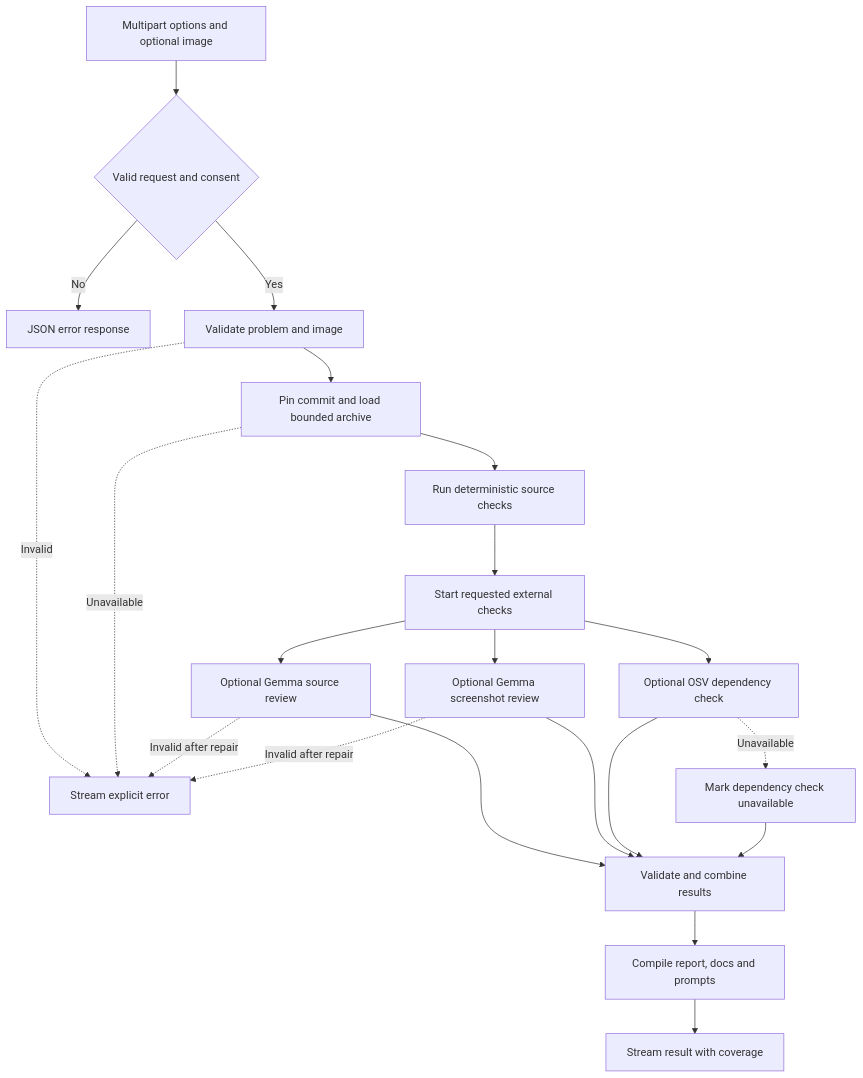
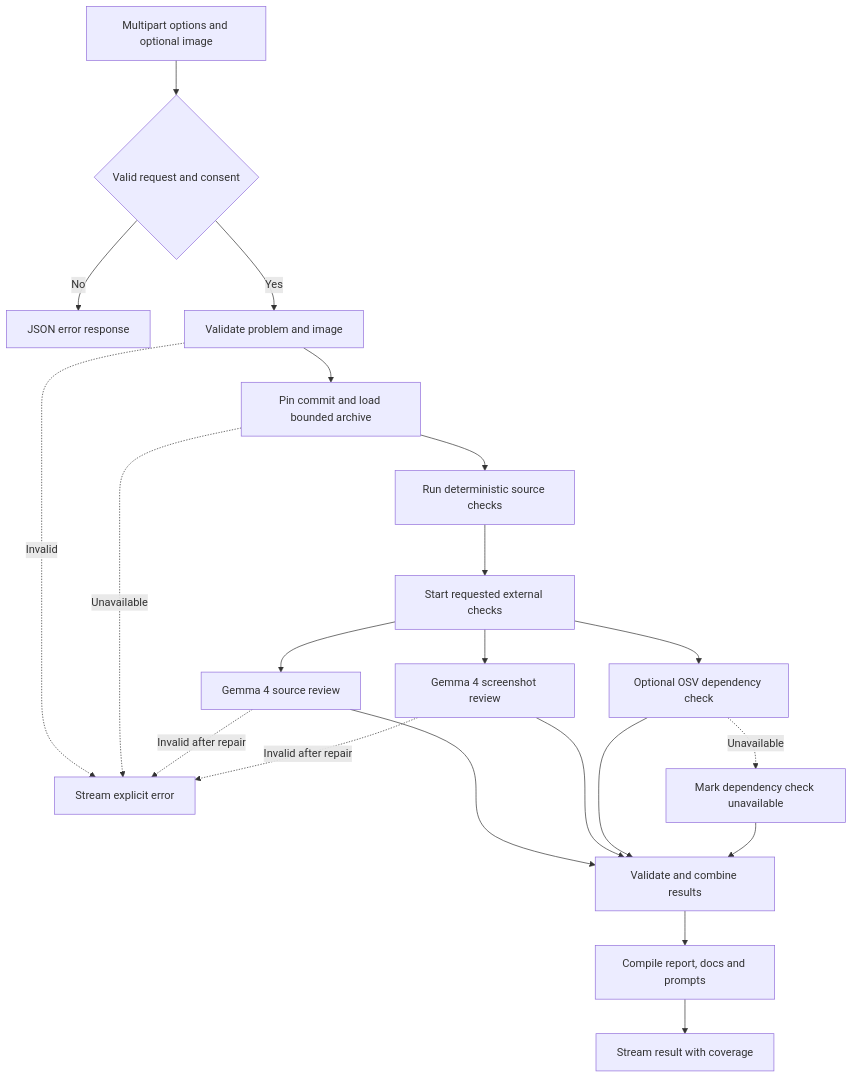
Before and after one commit to yatharthvishnoi08-max/buglens: the second of 2 diagrams in docs/FLOWCHARTS.md, drawn with Mermaid. The commit also changed other lines of this file and 37 other files, not shown here.

Commit message:
docs: present Gemma 4 review as the default AI workflow

````diff
--- a/docs/FLOWCHARTS.md
+++ b/docs/FLOWCHARTS.md
@@ -30,23 +30,23 @@
 ```mermaid
 flowchart TD
     incoming["Multipart options and optional image"] --> validRequest{"Valid request and consent"}
     validRequest -->|"No"| preError["JSON error response"]
     validRequest -->|"Yes"| evidenceValidation["Validate problem and image"]
     evidenceValidation --> snapshotLoad["Pin commit and load bounded archive"]
     snapshotLoad --> staticRules["Run deterministic source checks"]
     staticRules --> parallelChecks["Start requested external checks"]
-    parallelChecks --> sourceCheck["Optional Gemma source review"]
-    parallelChecks --> visualCheck["Optional Gemma screenshot review"]
+    parallelChecks --> sourceCheck["Gemma 4 source review"]
+    parallelChecks --> visualCheck["Gemma 4 screenshot review"]
     parallelChecks --> dependencyCheck["Optional OSV dependency check"]
     sourceCheck --> combineFindings["Validate and combine results"]
     visualCheck --> combineFindings
     dependencyCheck --> combineFindings
     combineFindings --> compileArtifacts["Compile report, docs and prompts"]
     compileArtifacts --> streamedResult["Stream result with coverage"]
     evidenceValidation -.->|"Invalid"| streamError["Stream explicit error"]
     snapshotLoad -.->|"Unavailable"| streamError
     sourceCheck -.->|"Invalid after repair"| streamError
     visualCheck -.->|"Invalid after repair"| streamError
     dependencyCheck -.->|"Unavailable"| partialNote["Mark dependency check unavailable"]
     partialNote --> combineFindings
 ```
````
